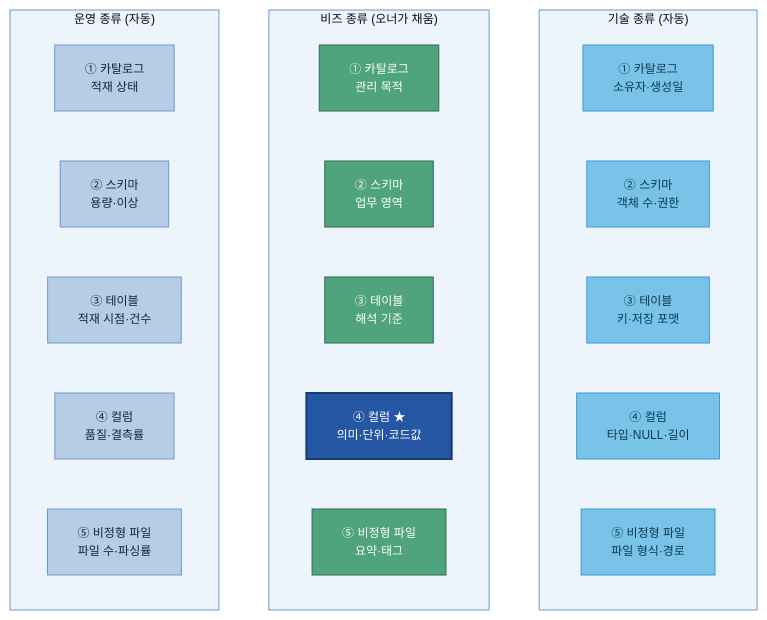
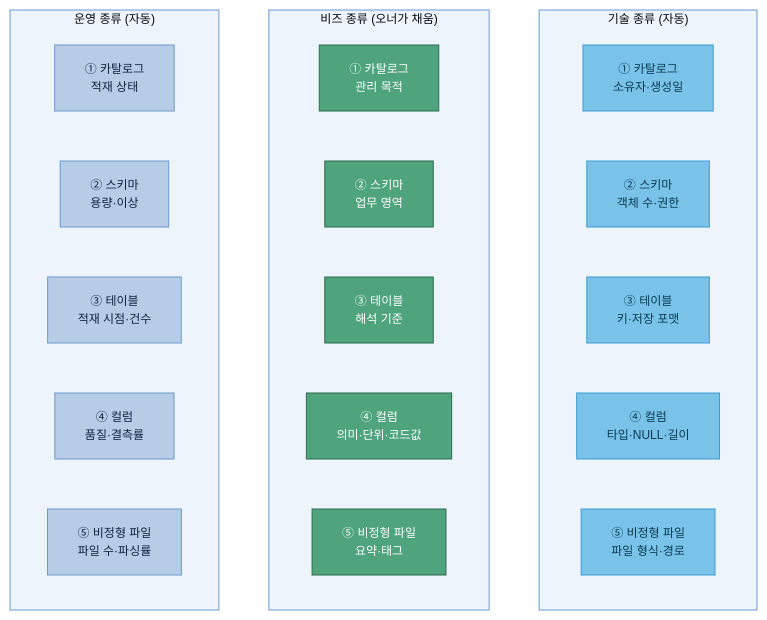
One commit to jin-kearney/ai-ready-data-manual changed the first of 6 diagrams in 가이드 작성/A-2 메타데이터/A-2 메타데이터.md. Above: the diagram before and after it, drawn with Mermaid.

Commit message:
docs(A-2): §2.1 격자 다이어그램 — ④컬럼 비즈 박스의 ★·강조 스타일 제거
나머지 비즈 박스(B1~B3·B5)와 동일한 :::loop 양식으로 통일(고객 요청).
핵심 메시지는 본문 문장·읽는 법 콜아웃에 이미 있음.

````diff
--- a/가이드 작성/A-2 메타데이터/A-2 메타데이터.md
+++ b/가이드 작성/A-2 메타데이터/A-2 메타데이터.md
@@ -174,30 +174,30 @@
 ```mermaid
 %%{init: {'theme':'base','themeVariables':{'primaryColor':'#DCE8F5','primaryBorderColor':'#2456A4','primaryTextColor':'#10243f','lineColor':'#2456A4','clusterBkg':'#EEF4FB','clusterBorder':'#6B9AD1','fontSize':'12px'}}}%%
 flowchart TB
     subgraph 기술["기술 종류 (자동)"]
         T1["① 카탈로그<br/>소유자·생성일"]:::src
         T2["② 스키마<br/>객체 수·권한"]:::src
         T3["③ 테이블<br/>키·저장 포맷"]:::src
         T4["④ 컬럼<br/>타입·NULL·길이"]:::src
         T5["⑤ 비정형 파일<br/>파일 형식·경로"]:::src
     end
     subgraph 비즈["비즈 종류 (오너가 채움)"]
         B1["① 카탈로그<br/>관리 목적"]:::loop
         B2["② 스키마<br/>업무 영역"]:::loop
         B3["③ 테이블<br/>해석 기준"]:::loop
-        B4["④ 컬럼 ★<br/>의미·단위·코드값"]:::cat
+        B4["④ 컬럼<br/>의미·단위·코드값"]:::loop
         B5["⑤ 비정형 파일<br/>요약·태그"]:::loop
     end
     subgraph 운영["운영 종류 (자동)"]
         O1["① 카탈로그<br/>적재 상태"]:::n
         O2["② 스키마<br/>용량·이상"]:::n
         O3["③ 테이블<br/>적재 시점·건수"]:::n
         O4["④ 컬럼<br/>품질·결측률"]:::n
         O5["⑤ 비정형 파일<br/>파일 수·파싱률"]:::n
     end
     classDef n fill:#B7CDE6,stroke:#6B9AD1,color:#10243f;
     classDef src fill:#79C3E8,stroke:#3F9BD4,color:#0b3a52;
     classDef cat fill:#2456A4,color:#fff,stroke:#163a73,stroke-width:2px;
     classDef gate fill:#3F9BD4,stroke:#2456A4,color:#fff;
     classDef loop fill:#4FA47D,stroke:#2f6b50,color:#fff;
 ```
````
